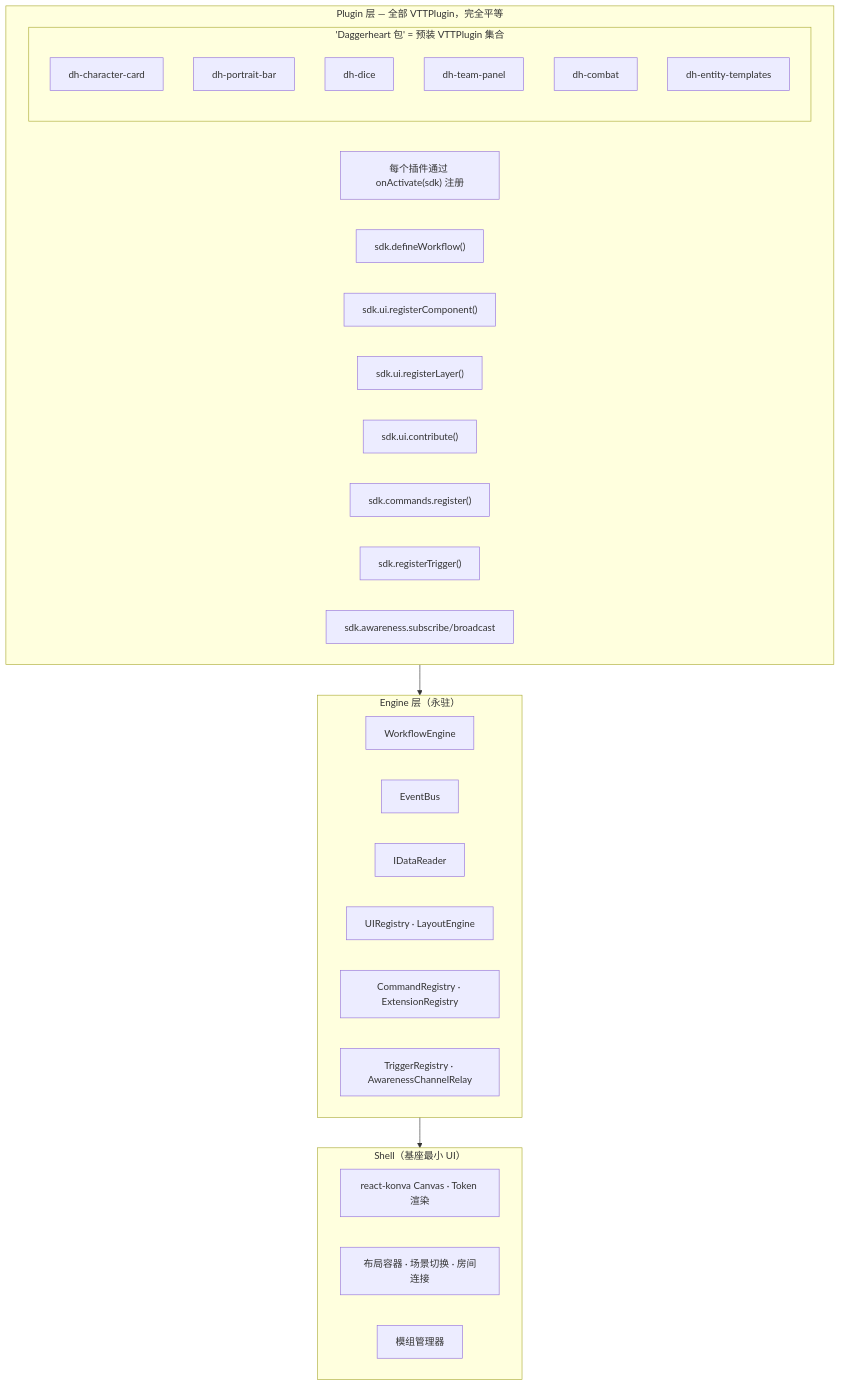
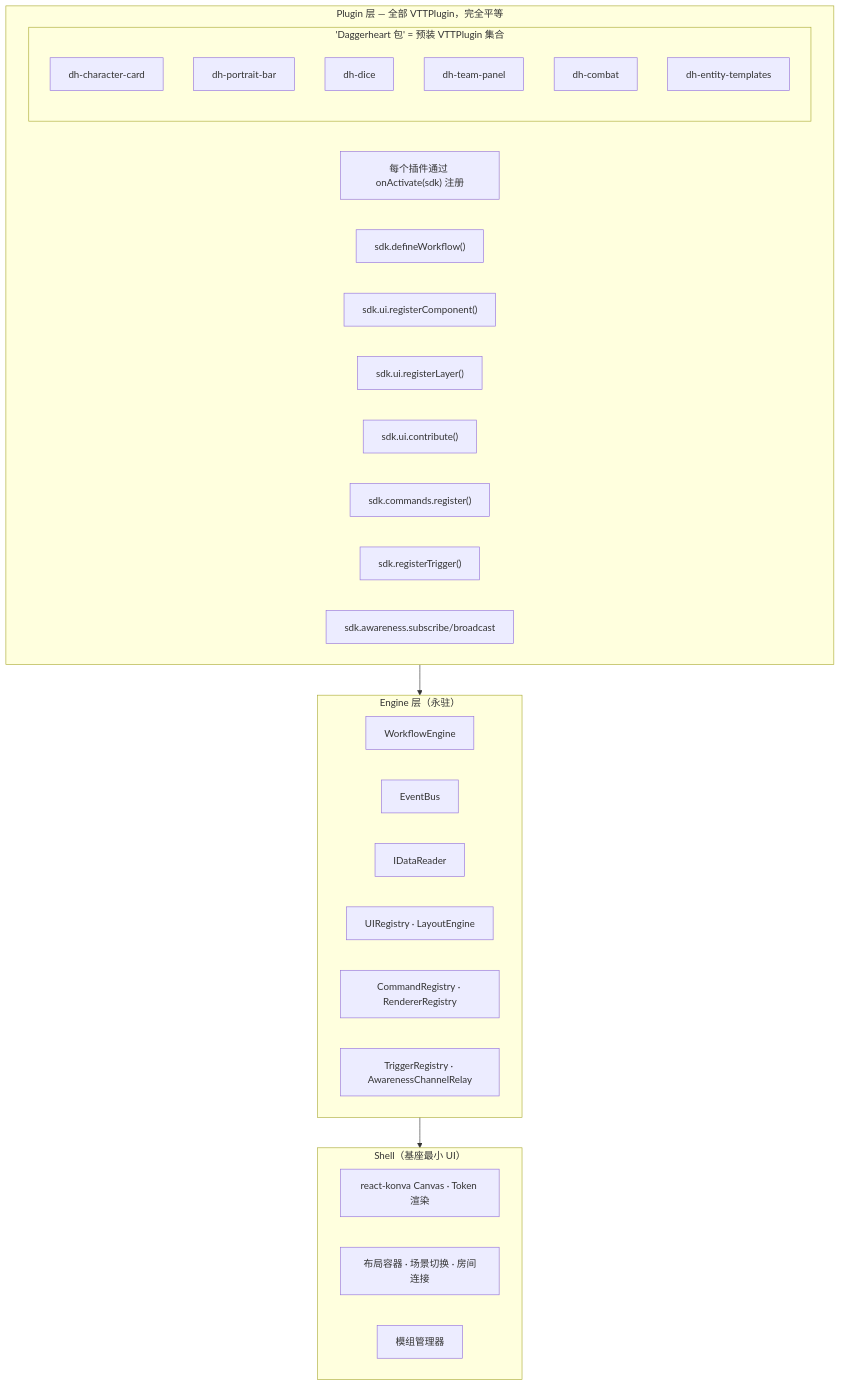
One commit to RidRisR/myVTT changed the sixth of 18 diagrams in docs/design/17-插件系统演进路线.md. Above: the diagram before and after it, drawn with Mermaid. The commit also changed other lines of this file and 61 other files, not shown here.

First line of the commit message:
feat: Sprint 2 — RNG purification, groupId, judgment entry, RendererRegistry (#174)

````diff
--- a/docs/design/17-插件系统演进路线.md
+++ b/docs/design/17-插件系统演进路线.md
@@ -197,39 +199,39 @@
 ```mermaid
 graph TB
     subgraph Plugins["Plugin 层 — 全部 VTTPlugin，完全平等"]
         API["每个插件通过 onActivate(sdk) 注册"]
         W["sdk.defineWorkflow()"]
         UC["sdk.ui.registerComponent()"]
         UL["sdk.ui.registerLayer()"]
         CONT["sdk.ui.contribute()"]
         CMD["sdk.commands.register()"]
         TRG["sdk.registerTrigger()"]
         AWR["sdk.awareness.subscribe/broadcast"]
 
         subgraph DHPack["'Daggerheart 包' = 预装 VTTPlugin 集合"]
             DH1["dh-character-card"]
             DH2["dh-portrait-bar"]
             DH3["dh-dice"]
             DH4["dh-team-panel"]
             DH5["dh-combat"]
             DH6["dh-entity-templates"]
         end
     end
 
     subgraph EngineLayer["Engine 层（永驻）"]
         WFE["WorkflowEngine"]
         EVB["EventBus"]
         IDR["IDataReader"]
         UIR["UIRegistry · LayoutEngine"]
-        CMR["CommandRegistry · ExtensionRegistry"]
+        CMR["CommandRegistry · RendererRegistry"]
         TRR["TriggerRegistry · AwarenessChannelRelay"]
     end
 
     subgraph Shell["Shell（基座最小 UI）"]
         CVS["react-konva Canvas · Token 渲染"]
         LYT["布局容器 · 场景切换 · 房间连接"]
         MOD["模组管理器"]
     end
 
     Plugins --> EngineLayer --> Shell
 ```
````
